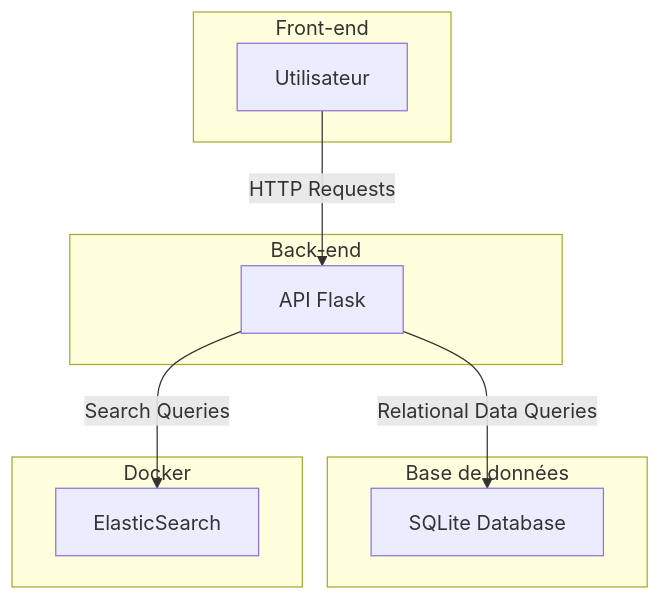
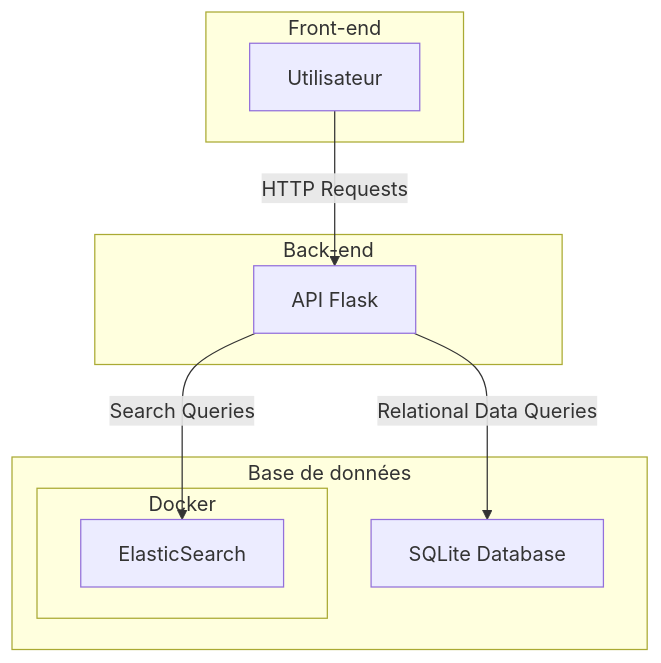
The diagram in schema_archi.md (bruna-Moreira06/poc_search_engine), drawn with Mermaid before and after one commit.

Commit message:
chore: Update schema_archi.md with architecture diagram

````diff
--- a/schema_archi.md
+++ b/schema_archi.md
@@ -1,23 +1,24 @@
 ```mermaid
 graph TD;
     subgraph Front-end
         User[Utilisateur]
     end
 
     subgraph Back-end
         FlaskAPI[API Flask]
     end
 
     subgraph "Base de données"
         SQLite[SQLite Database]
+            subgraph Docker
+        ElasticSearch[ElasticSearch]
+    end
     end
 
-    subgraph Docker
-        ElasticSearch[ElasticSearch]
-    end
+
 
     User -->|HTTP Requests| FlaskAPI
     FlaskAPI -->|Search Queries| ElasticSearch
     FlaskAPI -->|Relational Data Queries| SQLite
 
 ```
````
